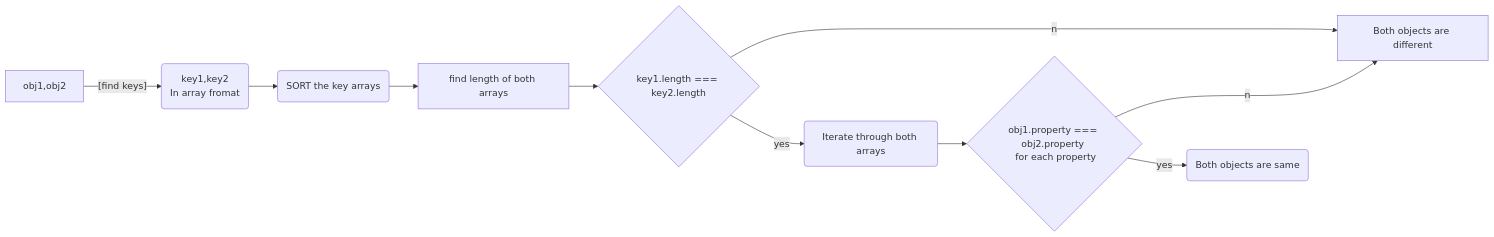
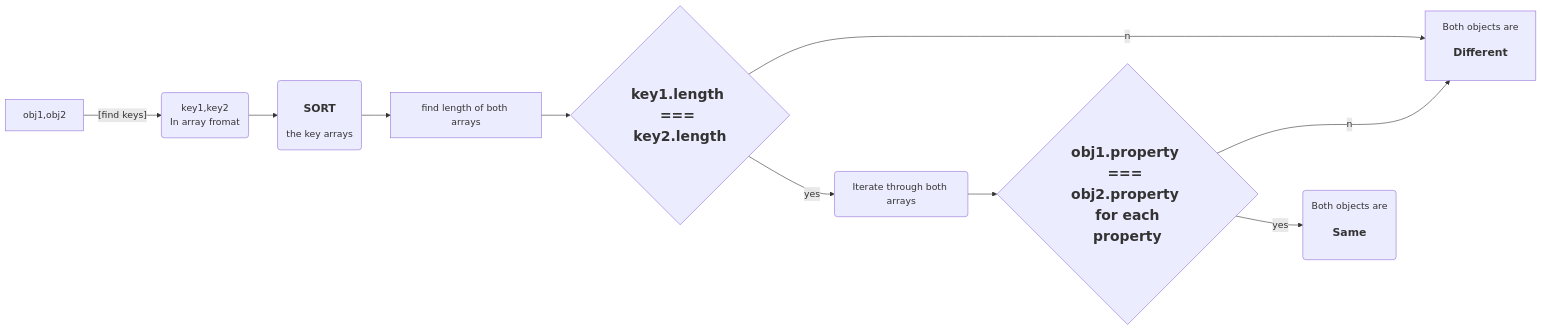
Before and after one commit to issei416/GUVI_TASKS: the first of 3 diagrams in Task-Day3/README.md, drawn with Mermaid. The commit also changed other lines of this file, not shown here.

````diff
--- a/Task-Day3/README.md
+++ b/Task-Day3/README.md
@@ -24,11 +24,11 @@
 ```mermaid
 graph LR
         A[obj1,obj2]--[find keys]-->B(key1,key2 \n In array fromat);
-        B--> C(SORT the key arrays);
+        B--> C(<h3>SORT</h3> the key arrays);
         C--> D[find length of both arrays];
-        D-->E{key1.length === key2.length}--no-->F[Both objects are different];
+        D-->E{<h2>key1.length === key2.length}--no-->F[Both objects are <h3>Different];
         E--yes-->G(Iterate through both arrays)
-        G-->H{obj1.property === obj2.property \n for each property};
+        G-->H{<h2>obj1.property === obj2.property \n for each property};
         H--no-->F
-        H--yes-->I(Both objects are same)
+        H--yes-->I(Both objects are <h3>Same)
 ```
````
